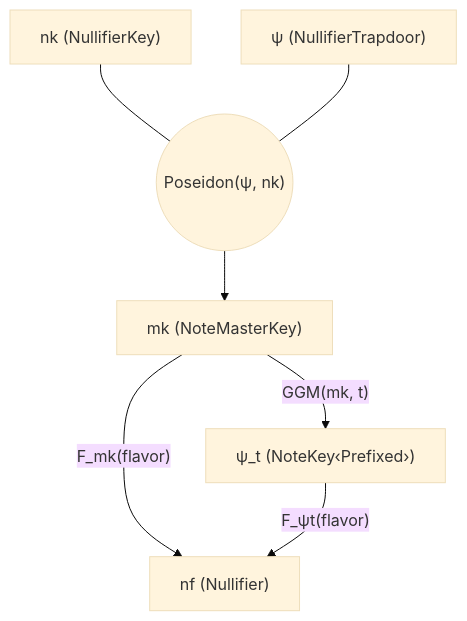
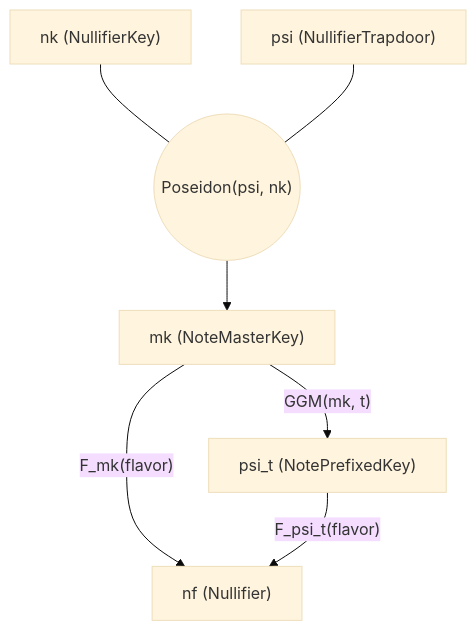
One commit to tachyon-zcash/tachyon changed the diagram in book/src/notes.md. Above: the diagram before and after it, drawn with Mermaid (base theme). The commit also changed other lines of this file and 41 other files, not shown here.

````diff
--- a/book/src/notes.md
+++ b/book/src/notes.md
@@ -38,14 +38,14 @@
 ```mermaid
 flowchart TB
     nk["nk (NullifierKey)"]
-    psi["ψ (NullifierTrapdoor)"]
+    psi["psi (NullifierTrapdoor)"]
     mk["mk (NoteMasterKey)"]
     nf["nf (Nullifier)"]
-    psi_t["ψ_t (NoteKey‹Prefixed›)"]
-    kdf(("Poseidon(ψ, nk)"))
+    psi_t["psi_t (NotePrefixedKey)"]
+    kdf(("Poseidon(psi, nk)"))
 
     nk & psi ---  kdf --> mk
     mk -->|"F_mk(flavor)"| nf
     mk -->|"GGM(mk, t)"| psi_t
-    psi_t -->|"F_ψt(flavor)"| nf
+    psi_t -->|"F_psi_t(flavor)"| nf
 ```
````
